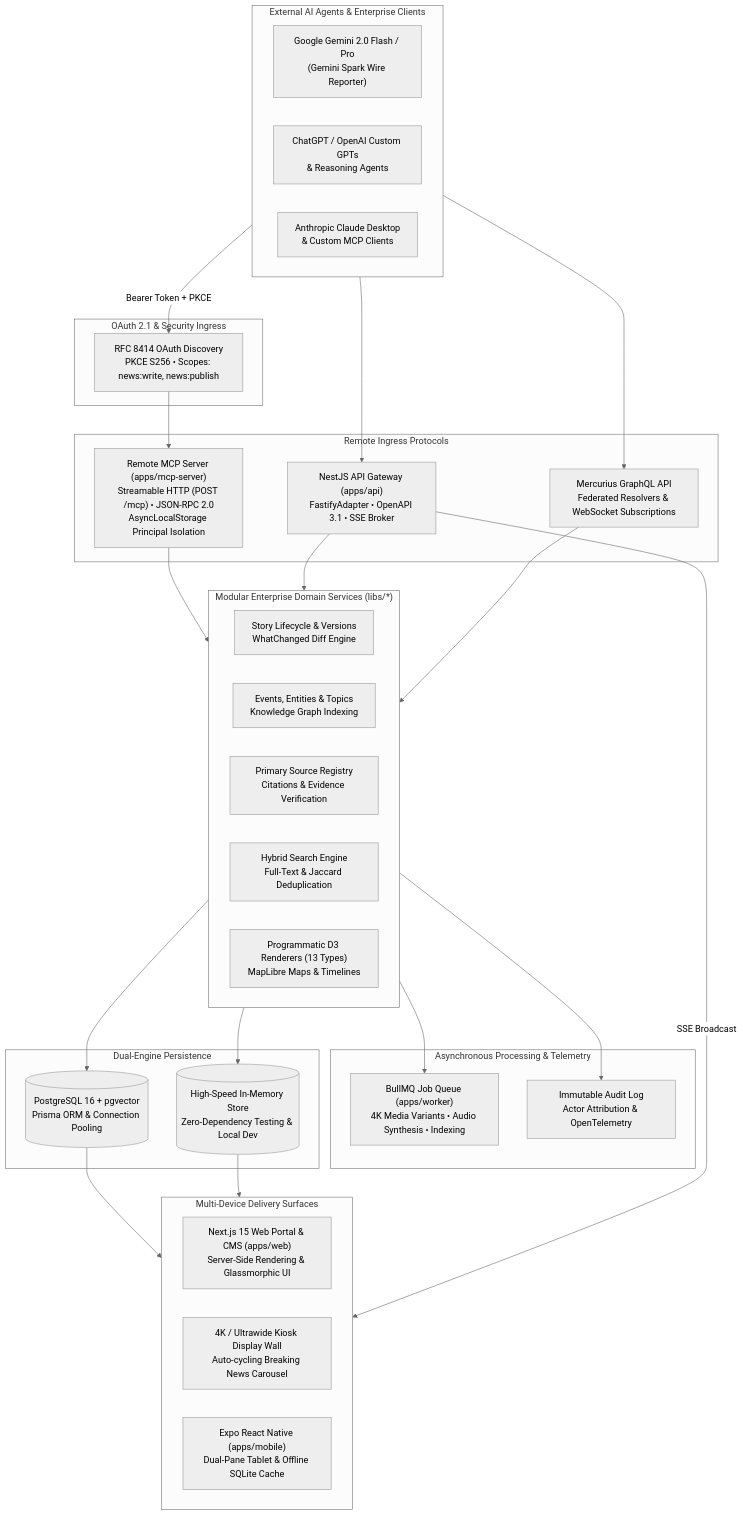
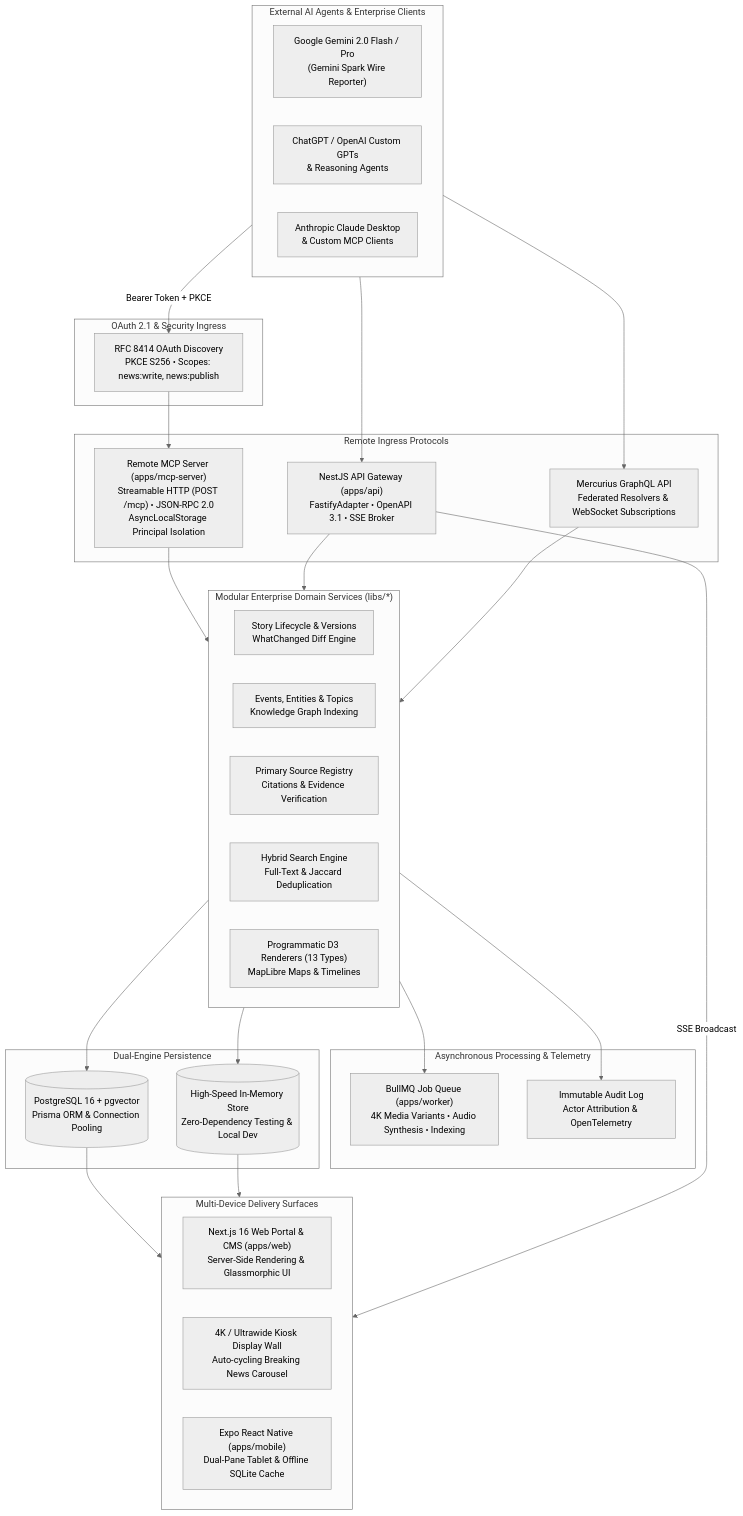
Before and after one commit to chahakshahcs5/GlobalPulse: the first of 2 diagrams in README.md, drawn with Mermaid (neutral theme). The commit also changed other lines of this file and 2 other files, not shown here.

Commit message:
docs: add .gitattributes for LF normalization, wrap next.config.mjs, and update README system metrics

````diff
--- a/README.md
+++ b/README.md
@@ -30,60 +30,60 @@
 ```mermaid
 flowchart TD
     subgraph ExternalAgents["External AI Agents & Enterprise Clients"]
         Gemini["Google Gemini 2.0 Flash / Pro\n(Gemini Spark Wire Reporter)"]
         OpenAI["ChatGPT / OpenAI Custom GPTs\n& Reasoning Agents"]
         Claude["Anthropic Claude Desktop\n& Custom MCP Clients"]
     end
 
     subgraph SecurityTier["OAuth 2.1 & Security Ingress"]
         RFC8414["RFC 8414 OAuth Discovery\nPKCE S256 • Scopes: news:write, news:publish"]
     end
 
     subgraph IngressTier["Remote Ingress Protocols"]
         MCP["Remote MCP Server (apps/mcp-server)\nStreamable HTTP (POST /mcp) • JSON-RPC 2.0\nAsyncLocalStorage Principal Isolation"]
         NestAPI["NestJS API Gateway (apps/api)\nFastifyAdapter • OpenAPI 3.1 • SSE Broker"]
         GQL["Mercurius GraphQL API\nFederated Resolvers & WebSocket Subscriptions"]
     end
 
     subgraph DomainCore["Modular Enterprise Domain Services (libs/*)"]
         Stories["Story Lifecycle & Versions\nWhatChanged Diff Engine"]
         Taxonomy["Events, Entities & Topics\nKnowledge Graph Indexing"]
         Sources["Primary Source Registry\nCitations & Evidence Verification"]
         Search["Hybrid Search Engine\nFull-Text & Jaccard Deduplication"]
         MediaLib["Programmatic D3 Renderers (13 Types)\nMapLibre Maps & Timelines"]
     end
 
     subgraph AsyncTier["Asynchronous Processing & Telemetry"]
         BullMQ["BullMQ Job Queue (apps/worker)\n4K Media Variants • Audio Synthesis • Indexing"]
         Audit["Immutable Audit Log\nActor Attribution & OpenTelemetry"]
     end
 
     subgraph DataTier["Dual-Engine Persistence"]
         Postgres[("PostgreSQL 16 + pgvector\nPrisma ORM & Connection Pooling")]
         Memory[("High-Speed In-Memory Store\nZero-Dependency Testing & Local Dev")]
     end
 
     subgraph PresentationTier["Multi-Device Delivery Surfaces"]
-        WebPortal["Next.js 15 Web Portal & CMS (apps/web)\nServer-Side Rendering & Glassmorphic UI"]
+        WebPortal["Next.js 16 Web Portal & CMS (apps/web)\nServer-Side Rendering & Glassmorphic UI"]
         DisplayWall["4K / Ultrawide Kiosk Display Wall\nAuto-cycling Breaking News Carousel"]
         MobileApp["Expo React Native (apps/mobile)\nDual-Pane Tablet & Offline SQLite Cache"]
     end
 
     ExternalAgents -->|Bearer Token + PKCE| RFC8414
     RFC8414 --> MCP
     ExternalAgents --> NestAPI
     ExternalAgents --> GQL
 
     MCP --> DomainCore
     NestAPI --> DomainCore
     GQL --> DomainCore
 
     DomainCore --> Postgres
     DomainCore --> Memory
     DomainCore --> BullMQ
     DomainCore --> Audit
 
     Postgres --> PresentationTier
     Memory --> PresentationTier
     NestAPI -->|SSE Broadcast| PresentationTier
 ```
````
